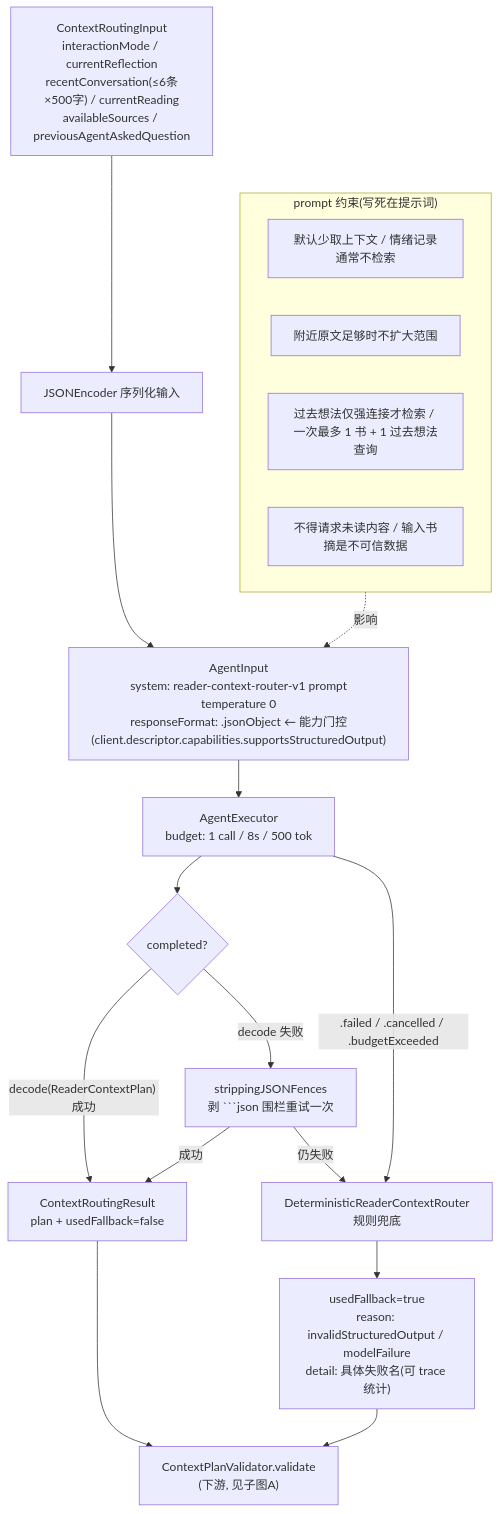
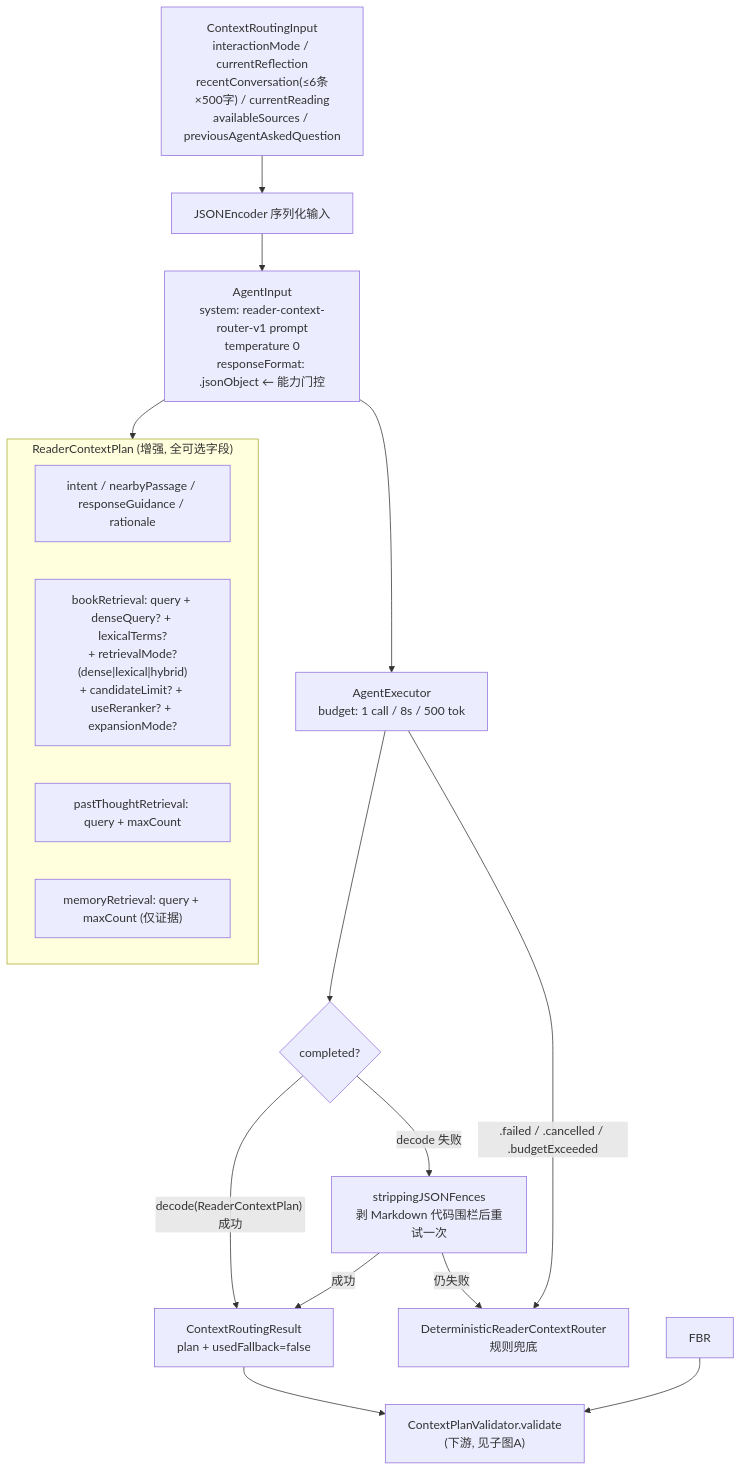
One commit to freecodetiger/Elsepage changed the third of 5 diagrams in ARCHITECTURE.md. Above: the diagram before and after it, drawn with Mermaid. The commit also changed other lines of this file and 7 other files, not shown here.

First line of the commit message:
feat(observability): context-pipeline metrics + updated architecture doc

````diff
--- a/ARCHITECTURE.md
+++ b/ARCHITECTURE.md
@@ -120,27 +122,25 @@
 ```mermaid
 flowchart TD
     IN["ContextRoutingInput<br/>interactionMode / currentReflection<br/>recentConversation(≤6条×500字) / currentReading<br/>availableSources / previousAgentAskedQuestion"]
     IN --> ENC["JSONEncoder 序列化输入"]
-    ENC --> REQ["AgentInput<br/>system: reader-context-router-v1 prompt<br/>temperature 0<br/>responseFormat: .jsonObject ← 能力门控<br/>(client.descriptor.capabilities.supportsStructuredOutput)"]
+    ENC --> REQ["AgentInput<br/>system: reader-context-router-v1 prompt<br/>temperature 0<br/>responseFormat: .jsonObject ← 能力门控"]
     REQ --> EXEC["AgentExecutor<br/>budget: 1 call / 8s / 500 tok"]
 
     EXEC --> COMP{"completed?"}
     COMP -->|"decode(ReaderContextPlan) 成功"| OK["ContextRoutingResult<br/>plan + usedFallback=false"]
-    COMP -->|"decode 失败"| STRIP["strippingJSONFences<br/>剥 ```json 围栏重试一次"]
+    COMP -->|"decode 失败"| STRIP["strippingJSONFences<br/>剥 Markdown 代码围栏后重试一次"]
     STRIP -->|成功| OK
     STRIP -->|仍失败| FB["DeterministicReaderContextRouter<br/>规则兜底"]
     EXEC -->|".failed / .cancelled / .budgetExceeded"| FB
 
-    FB --> FBR["usedFallback=true<br/>reason: invalidStructuredOutput / modelFailure<br/>detail: 具体失败名(可 trace 统计)"]
-
     OK --> VALID["ContextPlanValidator.validate<br/>(下游, 见子图A)"]
     FBR --> VALID
 
-    subgraph PROMPT["prompt 约束(写死在提示词)"]
-        P1["默认少取上下文 / 情绪记录通常不检索"]
-        P2["附近原文足够时不扩大范围"]
-        P3["过去想法仅强连接才检索 / 一次最多 1 书 + 1 过去想法查询"]
-        P4["不得请求未读内容 / 输入书摘是不可信数据"]
+    subgraph PLAN["ReaderContextPlan (增强, 全可选字段)"]
+        P1["intent / nearbyPassage / responseGuidance / rationale"]
+        P2["bookRetrieval: query + denseQuery? + lexicalTerms?<br/>+ retrievalMode?(dense|lexical|hybrid)<br/>+ candidateLimit? + useReranker? + expansionMode?"]
+        P3["pastThoughtRetrieval: query + maxCount"]
+        P4["memoryRetrieval: query + maxCount (仅证据)"]
     end
-    PROMPT -.->|"影响"| REQ
+    REQ --> PLAN
 ```
````
